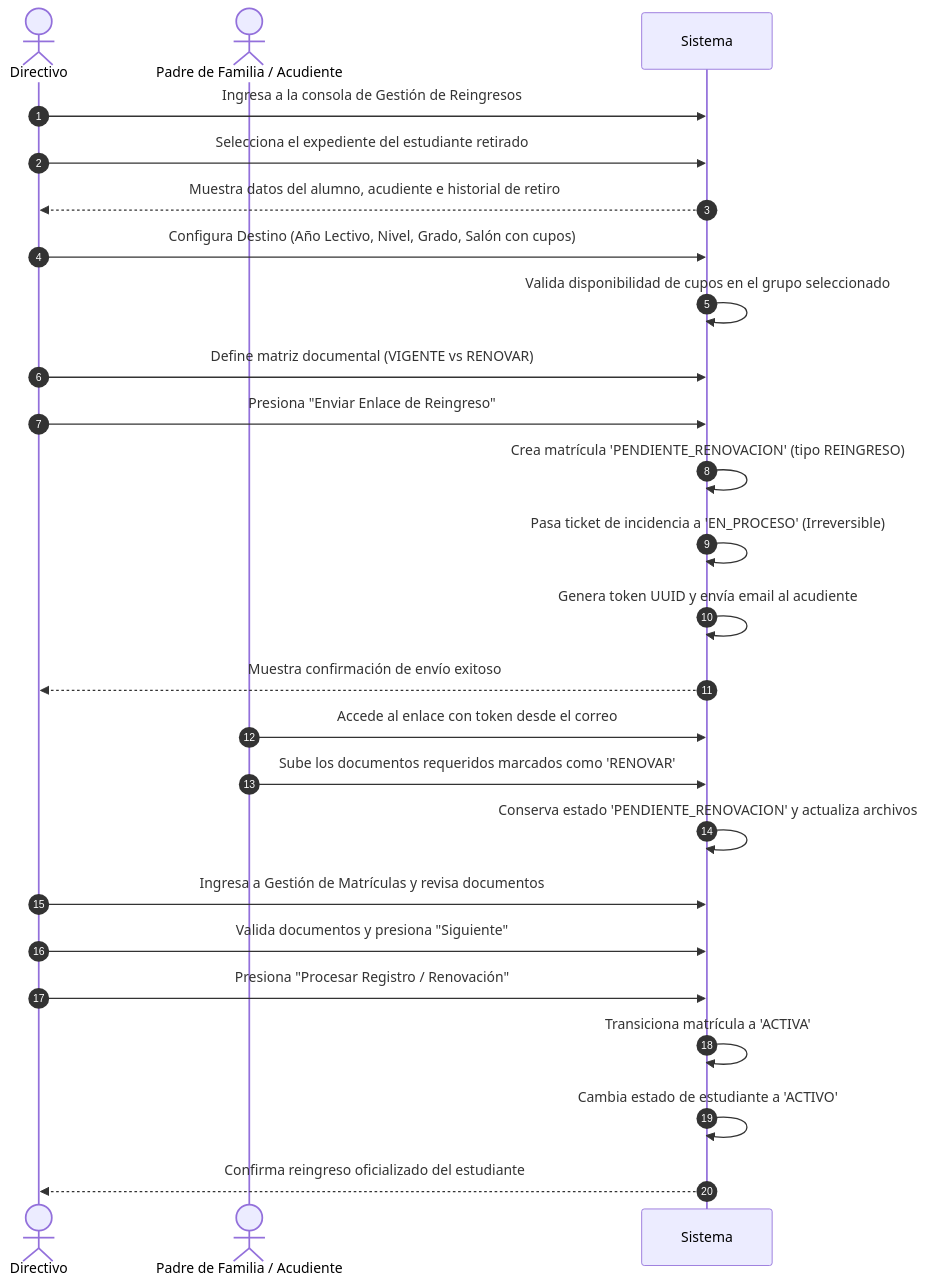
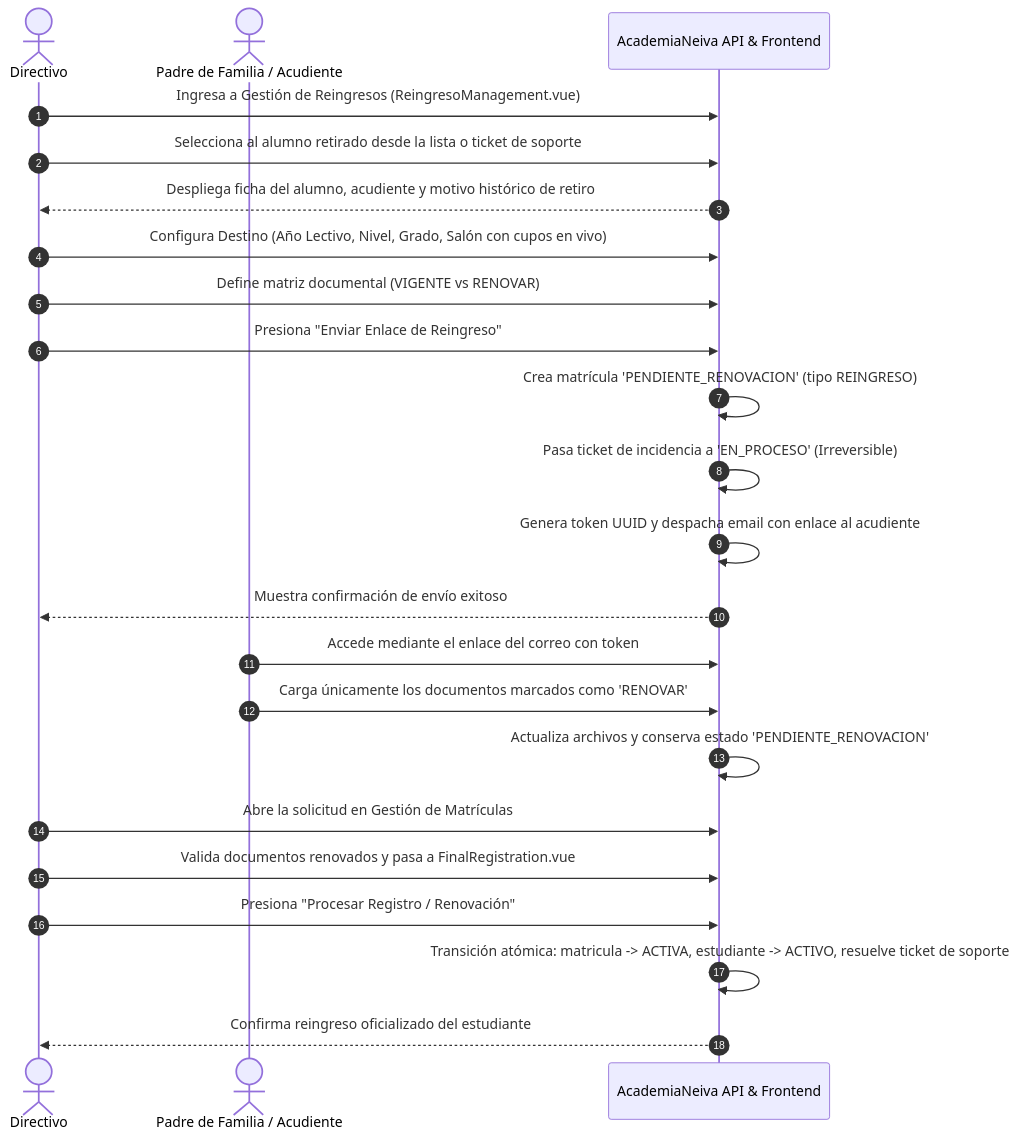
Before and after one commit to DanExl24/AcademiaNeiva: the second of 2 diagrams in guides/modules/06_matriculas/casos_uso.md, drawn with Mermaid. The commit also changed other lines of this file and 4 other files, not shown here.

````diff
--- a/guides/modules/06_matriculas/casos_uso.md
+++ b/guides/modules/06_matriculas/casos_uso.md
@@ -76,34 +101,31 @@
 ```mermaid
 sequenceDiagram
     autonumber
     actor Directivo
     actor Padre as Padre de Familia / Acudiente
-    participant Sistema
+    participant Sistema as AcademiaNeiva API & Frontend
+
+    Directivo->>Sistema: Ingresa a Gestión de Reingresos (ReingresoManagement.vue)
+    Directivo->>Sistema: Selecciona al alumno retirado desde la lista o ticket de soporte
+    Sistema-->>Directivo: Despliega ficha del alumno, acudiente y motivo histórico de retiro
     
-    Directivo->>Sistema: Ingresa a la consola de Gestión de Reingresos
-    Directivo->>Sistema: Selecciona el expediente del estudiante retirado
-    Sistema-->>Directivo: Muestra datos del alumno, acudiente e historial de retiro
-    
-    Directivo->>Sistema: Configura Destino (Año Lectivo, Nivel, Grado, Salón con cupos)
-    Sistema->>Sistema: Valida disponibilidad de cupos en el grupo seleccionado
-    
+    Directivo->>Sistema: Configura Destino (Año Lectivo, Nivel, Grado, Salón con cupos en vivo)
     Directivo->>Sistema: Define matriz documental (VIGENTE vs RENOVAR)
     Directivo->>Sistema: Presiona "Enviar Enlace de Reingreso"
     
     Sistema->>Sistema: Crea matrícula 'PENDIENTE_RENOVACION' (tipo REINGRESO)
     Sistema->>Sistema: Pasa ticket de incidencia a 'EN_PROCESO' (Irreversible)
-    Sistema->>Sistema: Genera token UUID y envía email al acudiente
+    Sistema->>Sistema: Genera token UUID y despacha email con enlace al acudiente
     Sistema-->>Directivo: Muestra confirmación de envío exitoso
     
-    Padre->>Sistema: Accede al enlace con token desde el correo
-    Padre->>Sistema: Sube los documentos requeridos marcados como 'RENOVAR'
-    Sistema->>Sistema: Conserva estado 'PENDIENTE_RENOVACION' y actualiza archivos
+    Padre->>Sistema: Accede mediante el enlace del correo con token
+    Padre->>Sistema: Carga únicamente los documentos marcados como 'RENOVAR'
+    Sistema->>Sistema: Actualiza archivos y conserva estado 'PENDIENTE_RENOVACION'
     
-    Directivo->>Sistema: Ingresa a Gestión de Matrículas y revisa documentos
-    Directivo->>Sistema: Valida documentos y presiona "Siguiente"
+    Directivo->>Sistema: Abre la solicitud en Gestión de Matrículas
+    Directivo->>Sistema: Valida documentos renovados y pasa a FinalRegistration.vue
     Directivo->>Sistema: Presiona "Procesar Registro / Renovación"
     
-    Sistema->>Sistema: Transiciona matrícula a 'ACTIVA'
-    Sistema->>Sistema: Cambia estado de estudiante a 'ACTIVO'
+    Sistema->>Sistema: Transición atómica: matricula -> ACTIVA, estudiante -> ACTIVO, resuelve ticket de soporte
     Sistema-->>Directivo: Confirma reingreso oficializado del estudiante
 ```
````
